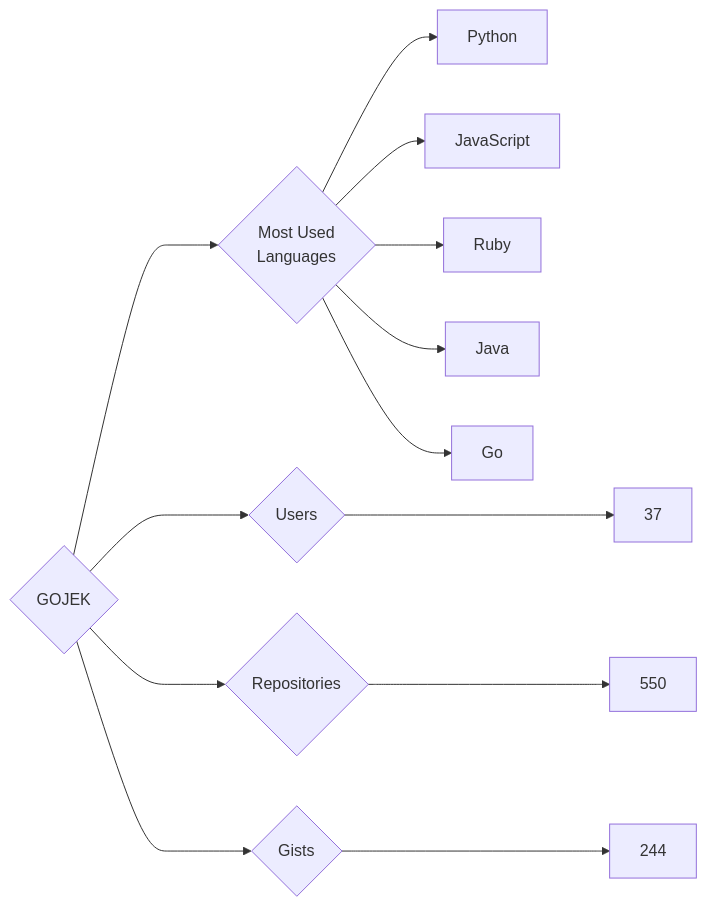
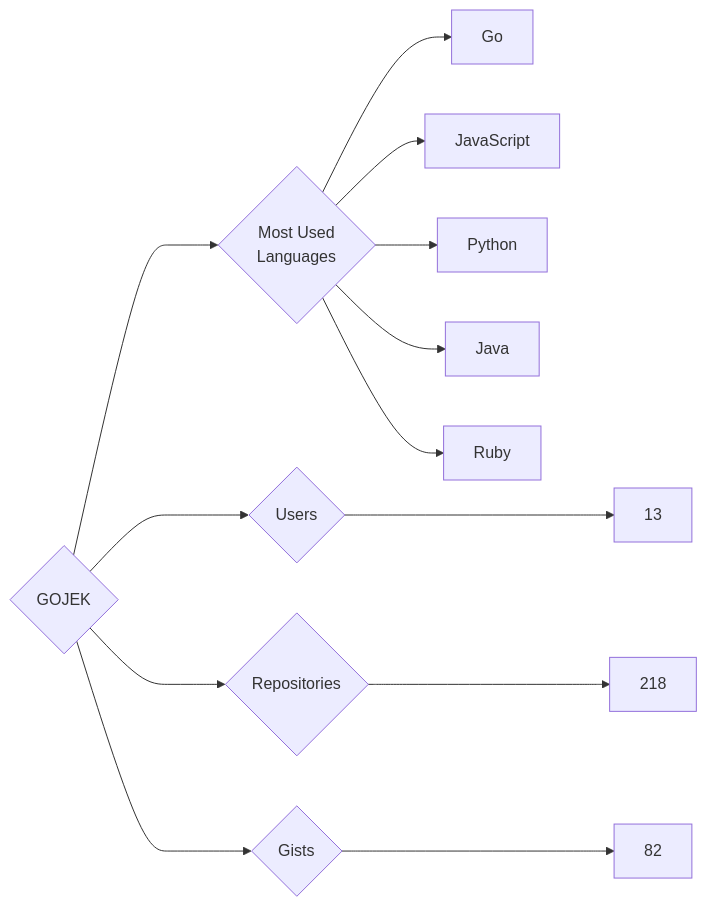
One commit to trickest/insiders changed the diagram in targets/GOJEK/README.md. Above: the diagram before and after it, drawn with Mermaid. The commit also changed 718 other files, not shown here.

````diff
--- a/targets/GOJEK/README.md
+++ b/targets/GOJEK/README.md
@@ -3,13 +3,13 @@
 ```mermaid
 graph LR
 COMPANY_NAME{GOJEK}
-COMPANY_NAME ---> U{Users} ---> UN[37]
-COMPANY_NAME ---> R{Repositories} ---> RN[550]
-COMPANY_NAME ---> G{Gists} ---> GN[244]
+COMPANY_NAME ---> U{Users} ---> UN[13]
+COMPANY_NAME ---> R{Repositories} ---> RN[218]
+COMPANY_NAME ---> G{Gists} ---> GN[82]
 COMPANY_NAME ---> ML{Most Used<br>Languages}
+ML --> Go[Go]
+ML --> JavaScript[JavaScript]
 ML --> Python[Python]
-ML --> JavaScript[JavaScript]
+ML --> Java[Java]
 ML --> Ruby[Ruby]
-ML --> Java[Java]
-ML --> Go[Go]
 ```
````
